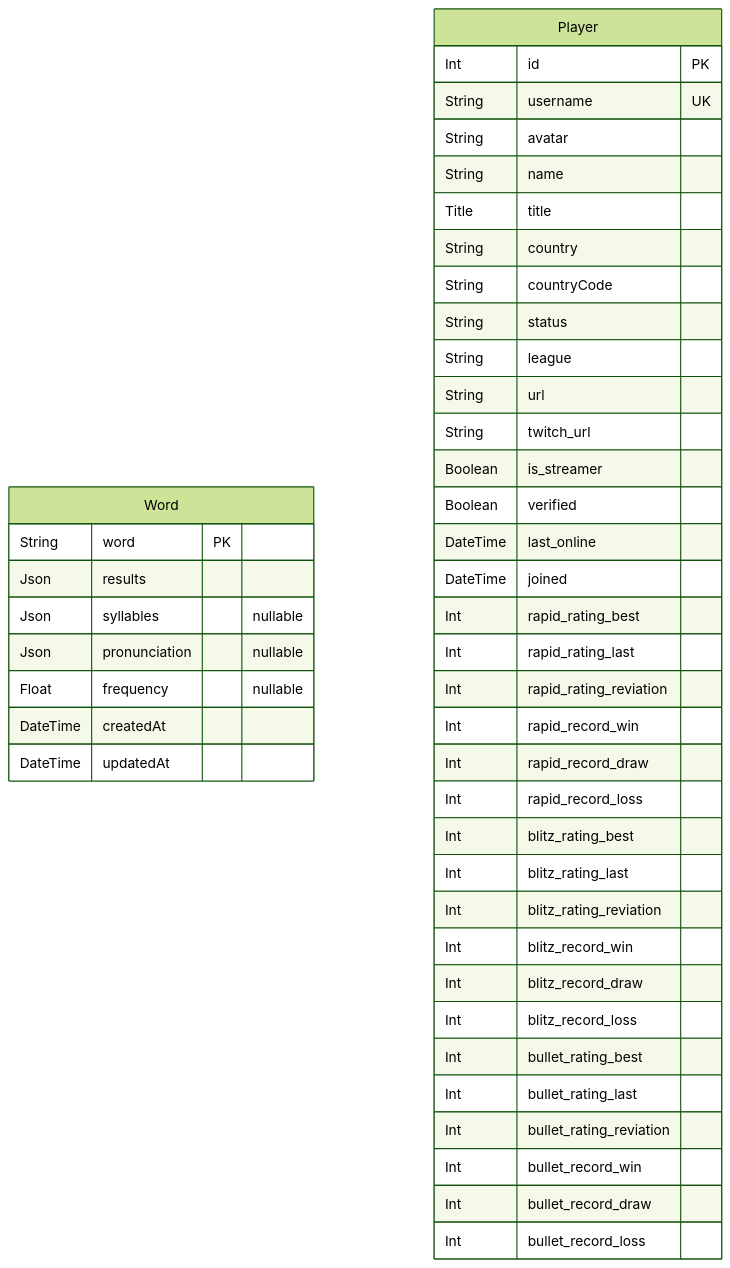
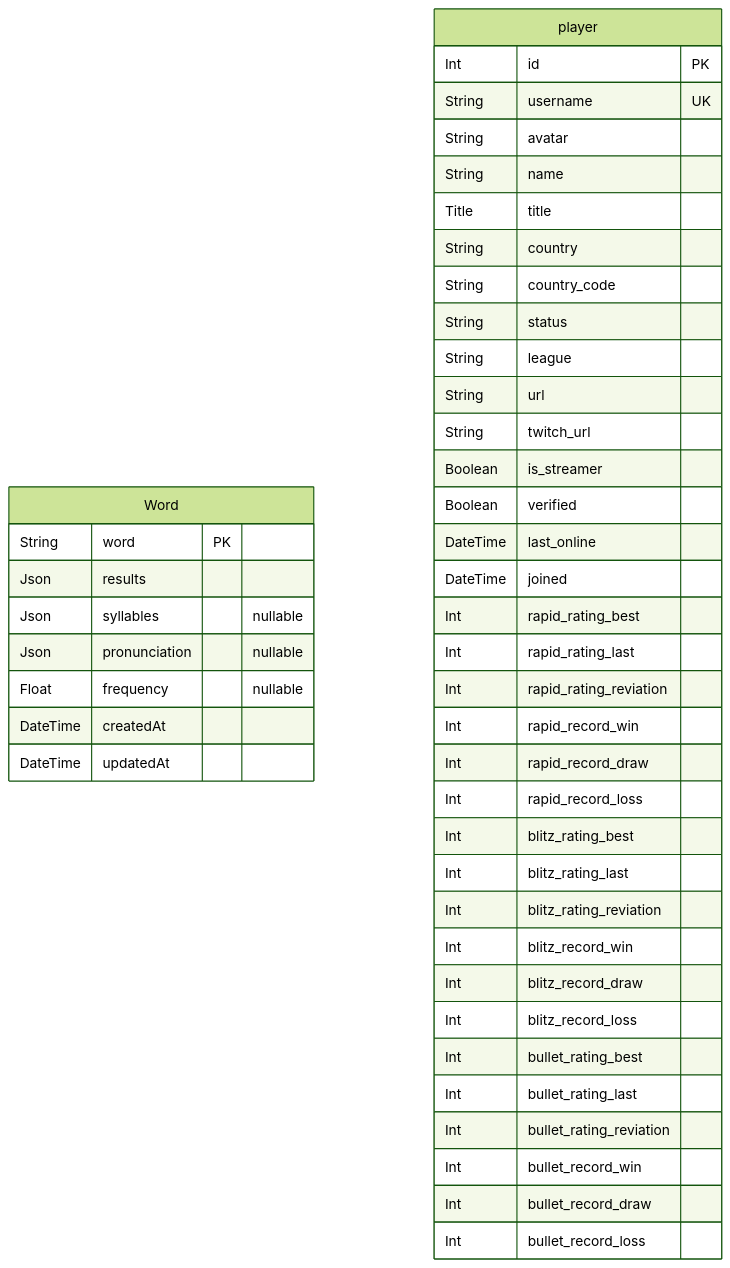
One commit to hieudoanm/hieudoanm.github.io changed the diagram in web/prisma/README.md. Above: the diagram before and after it, drawn with Mermaid (forest theme). The commit also changed other lines of this file and 6 other files, not shown here.

````diff
--- a/web/prisma/README.md
+++ b/web/prisma/README.md
@@ -9,47 +9,47 @@
 ```mermaid
 erDiagram
 "Word" {
   String word PK
   Json results
   Json syllables "nullable"
   Json pronunciation "nullable"
   Float frequency "nullable"
   DateTime createdAt
   DateTime updatedAt
 }
-"Player" {
+"player" {
   Int id PK
   String username UK
   String avatar
   String name
   Title title
   String country
-  String countryCode
+  String country_code
   String status
   String league
   String url
   String twitch_url
   Boolean is_streamer
   Boolean verified
   DateTime last_online
   DateTime joined
   Int rapid_rating_best
   Int rapid_rating_last
   Int rapid_rating_reviation
   Int rapid_record_win
   Int rapid_record_draw
   Int rapid_record_loss
   Int blitz_rating_best
   Int blitz_rating_last
   Int blitz_rating_reviation
   Int blitz_record_win
   Int blitz_record_draw
   Int blitz_record_loss
   Int bullet_rating_best
   Int bullet_rating_last
   Int bullet_rating_reviation
   Int bullet_record_win
   Int bullet_record_draw
   Int bullet_record_loss
 }
 ```
````
